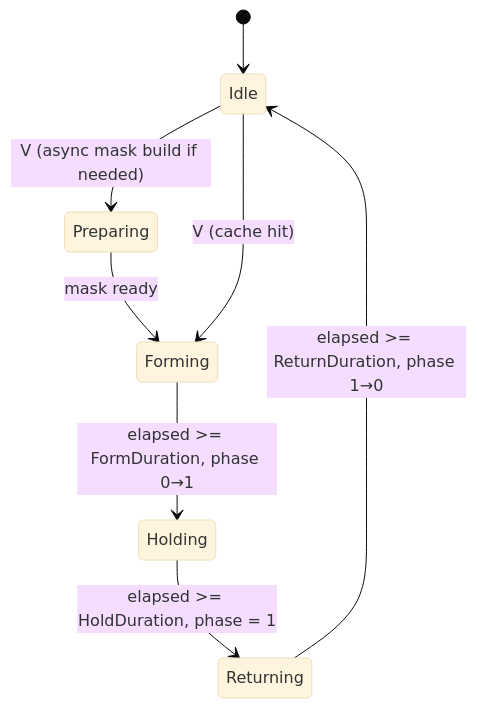
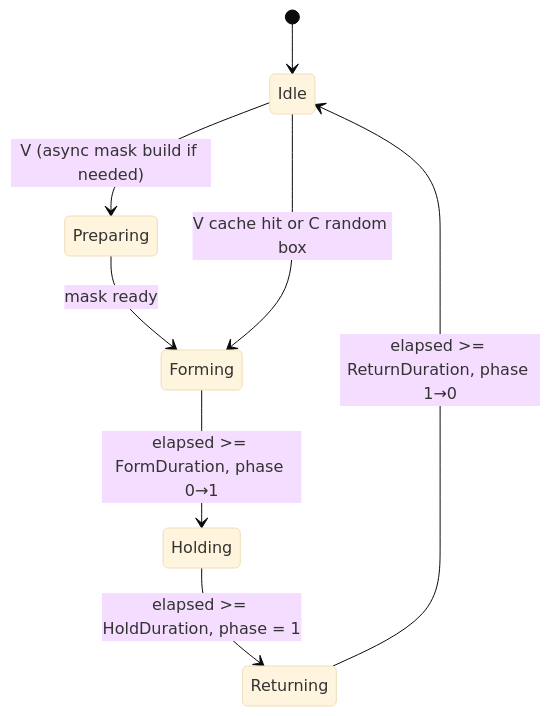
Before and after one commit to vecnode/metaagent-ue5-plugin: the ninth of 15 diagrams in README.md, drawn with Mermaid (base theme). The commit also changed other lines of this file and 24 other files, not shown here.

````diff
--- a/README.md
+++ b/README.md
@@ -653,11 +656,11 @@
 ```mermaid
 stateDiagram-v2
     [*] --> Idle
     Idle --> Preparing: V (async mask build if needed)
     Preparing --> Forming: mask ready
-    Idle --> Forming: V (cache hit)
+    Idle --> Forming: V cache hit or C random box
     Forming --> Holding: elapsed >= FormDuration, phase 0→1
     Holding --> Returning: elapsed >= HoldDuration, phase = 1
     Returning --> Idle: elapsed >= ReturnDuration, phase 1→0
 
 ```
````
